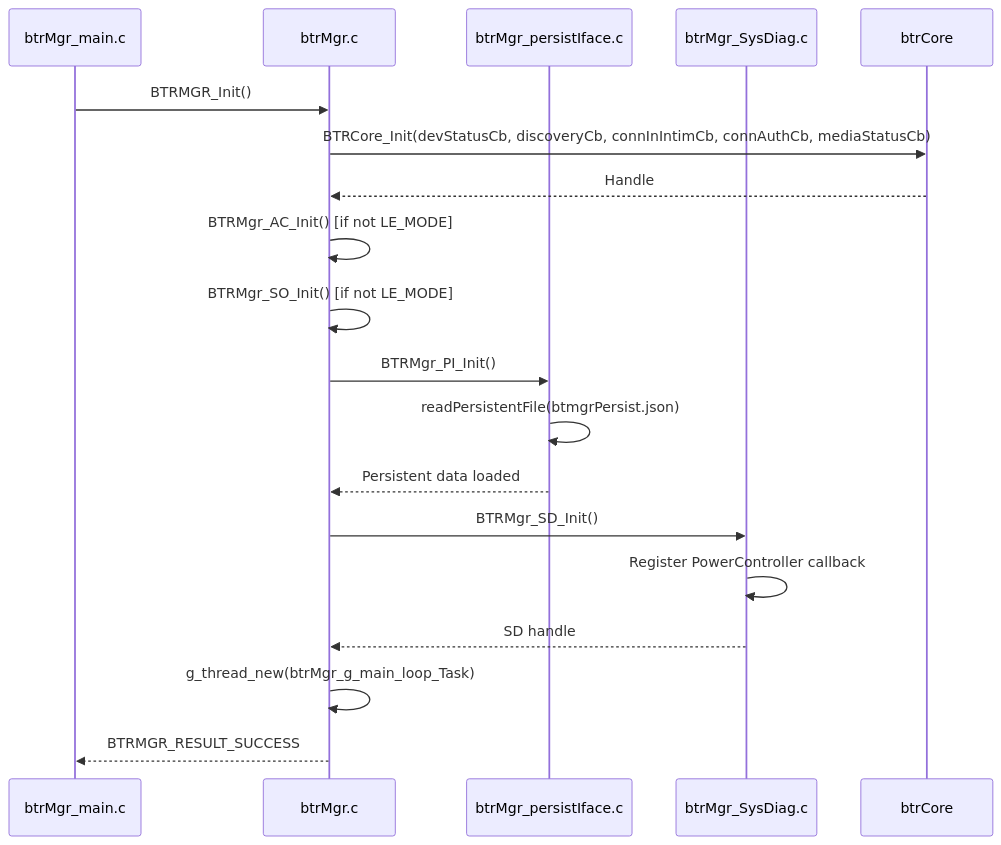
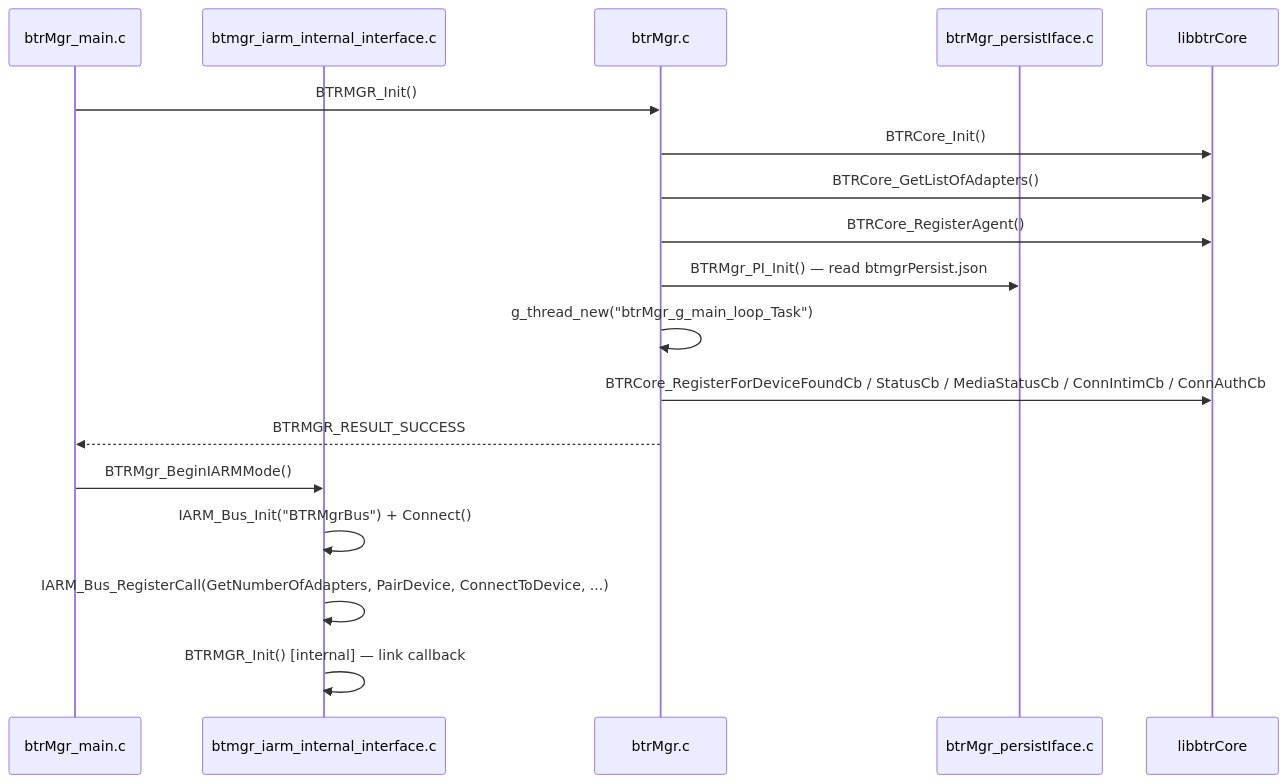
One commit to rns21/RDK_Documentation changed the fourth of 7 diagrams in docs/docu/RDKV-Documentations/bluetooth-mgr.md. Above: the diagram before and after it, drawn with Mermaid. The commit also changed other lines of this file, not shown here.

````diff
--- a/docs/docu/RDKV-Documentations/bluetooth-mgr.md
+++ b/docs/docu/RDKV-Documentations/bluetooth-mgr.md
@@ -667,22 +219,21 @@
 ```mermaid
 sequenceDiagram
     participant Main as btrMgr_main.c
+    participant IARMInt as btmgr_iarm_internal_interface.c
     participant Core as btrMgr.c
     participant PI as btrMgr_persistIface.c
-    participant SD as btrMgr_SysDiag.c
-    participant BTRCore as btrCore
+    participant BTRCore as libbtrCore
 
     Main->>Core: BTRMGR_Init()
-    Core->>BTRCore: BTRCore_Init(devStatusCb, discoveryCb, connInIntimCb, connAuthCb, mediaStatusCb)
-    BTRCore-->>Core: Handle
-    Core->>Core: BTRMgr_AC_Init() [if not LE_MODE]
-    Core->>Core: BTRMgr_SO_Init() [if not LE_MODE]
-    Core->>PI: BTRMgr_PI_Init()
-    PI->>PI: readPersistentFile(btmgrPersist.json)
-    PI-->>Core: Persistent data loaded
-    Core->>SD: BTRMgr_SD_Init()
-    SD->>SD: Register PowerController callback
-    SD-->>Core: SD handle
-    Core->>Core: g_thread_new(btrMgr_g_main_loop_Task)
+    Core->>BTRCore: BTRCore_Init()
+    Core->>BTRCore: BTRCore_GetListOfAdapters()
+    Core->>BTRCore: BTRCore_RegisterAgent()
+    Core->>PI: BTRMgr_PI_Init() — read btmgrPersist.json
+    Core->>Core: g_thread_new("btrMgr_g_main_loop_Task")
+    Core->>BTRCore: BTRCore_RegisterForDeviceFoundCb / StatusCb / MediaStatusCb / ConnIntimCb / ConnAuthCb
     Core-->>Main: BTRMGR_RESULT_SUCCESS
+    Main->>IARMInt: BTRMgr_BeginIARMMode()
+    IARMInt->>IARMInt: IARM_Bus_Init("BTRMgrBus") + Connect()
+    IARMInt->>IARMInt: IARM_Bus_RegisterCall(GetNumberOfAdapters, PairDevice, ConnectToDevice, ...)
+    IARMInt->>IARMInt: BTRMGR_Init() [internal] — link callback
 ```
````
